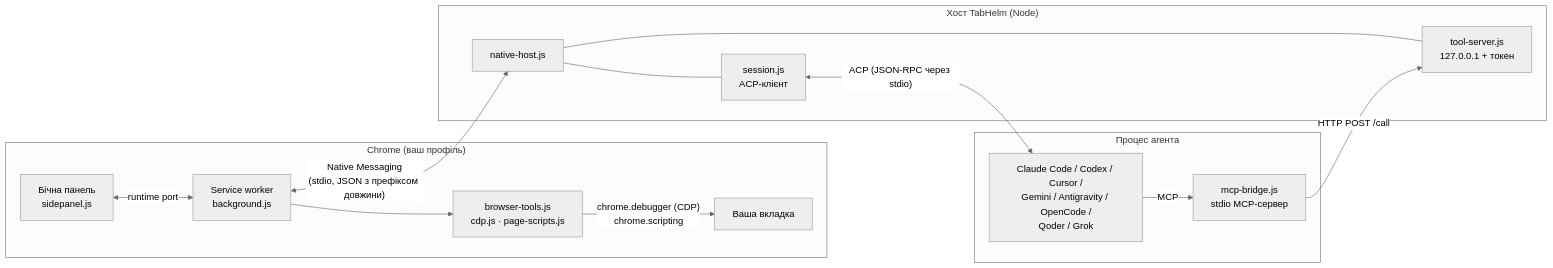
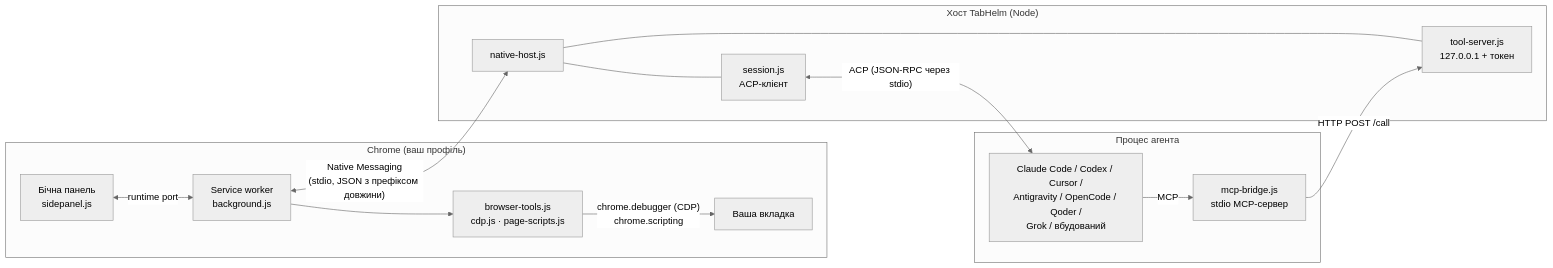
One commit to Ivlad003/tabhelm changed the second of 5 diagrams in README.uk.md. Above: the diagram before and after it, drawn with Mermaid (neutral theme). The commit also changed other lines of this file and 8 other files, not shown here.

````diff
--- a/README.uk.md
+++ b/README.uk.md
@@ -157,30 +156,30 @@
 ```mermaid
 flowchart LR
     subgraph Chrome["Chrome (ваш профіль)"]
         Panel["Бічна панель<br/>sidepanel.js"]
         SW["Service worker<br/>background.js"]
         Tools["browser-tools.js<br/>cdp.js · page-scripts.js"]
         Tab["Ваша вкладка"]
         Panel <-- "runtime port" --> SW
         SW --> Tools
         Tools -- "chrome.debugger (CDP)<br/>chrome.scripting" --> Tab
     end
 
     subgraph Host["Хост TabHelm (Node)"]
         NH["native-host.js"]
         Sess["session.js<br/>ACP-клієнт"]
         TS["tool-server.js<br/>127.0.0.1 + токен"]
         NH --- Sess
         NH --- TS
     end
 
     subgraph Agent["Процес агента"]
-        A["Claude Code / Codex / Cursor /<br/>Gemini / Antigravity / OpenCode /<br/>Qoder / Grok"]
+        A["Claude Code / Codex / Cursor /<br/>Antigravity / OpenCode / Qoder /<br/>Grok / вбудований"]
         MB["mcp-bridge.js<br/>stdio MCP-сервер"]
         A -- "MCP" --> MB
     end
 
     SW <-- "Native Messaging<br/>(stdio, JSON з префіксом довжини)" --> NH
     Sess <-- "ACP (JSON-RPC через stdio)" --> A
     MB -- "HTTP POST /call" --> TS
 ```
````
